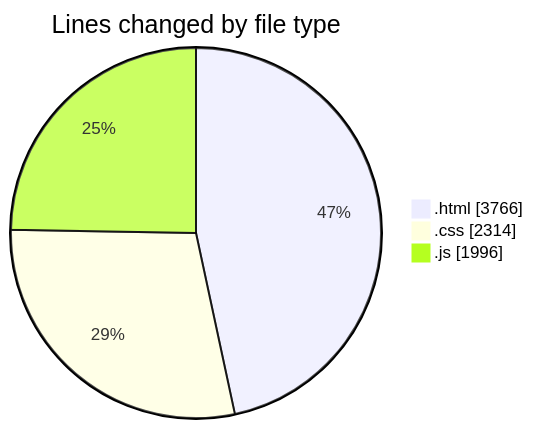
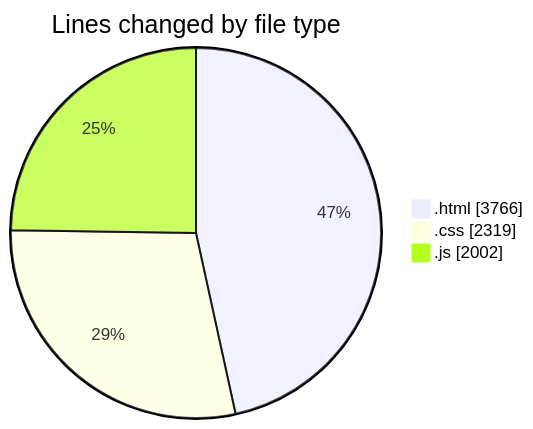
Before and after one commit to Ritupan-Deka/code-tracking: the first of 2 diagrams in 2025-05-24/projects/README.md, drawn with Mermaid. The commit also changed other lines of this file and 1 other file, not shown here.

````diff
--- a/2025-05-24/projects/README.md
+++ b/2025-05-24/projects/README.md
@@ -25,7 +25,7 @@
 ```mermaid
 pie showData
 title Lines changed by file type
 ".html" : 3766
-".css" : 2314
-".js" : 1996
+".css" : 2319
+".js" : 2002
 ```
````
